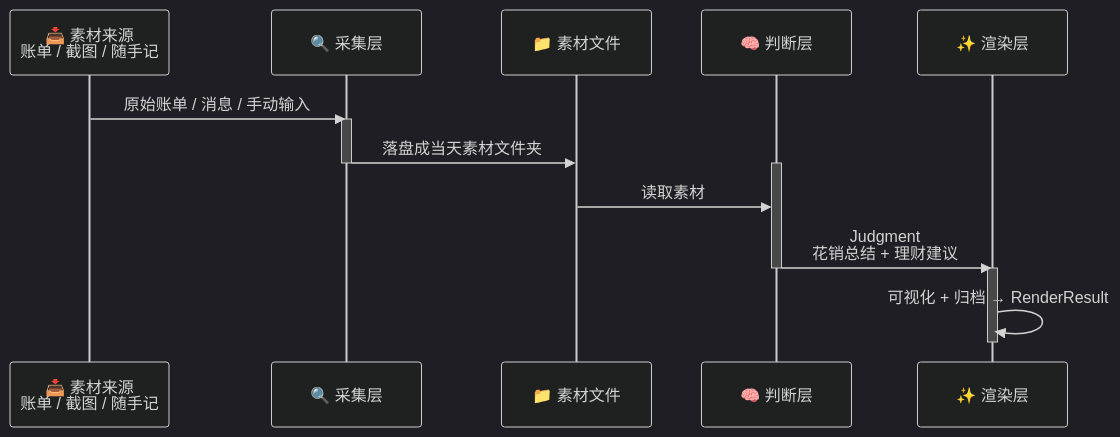
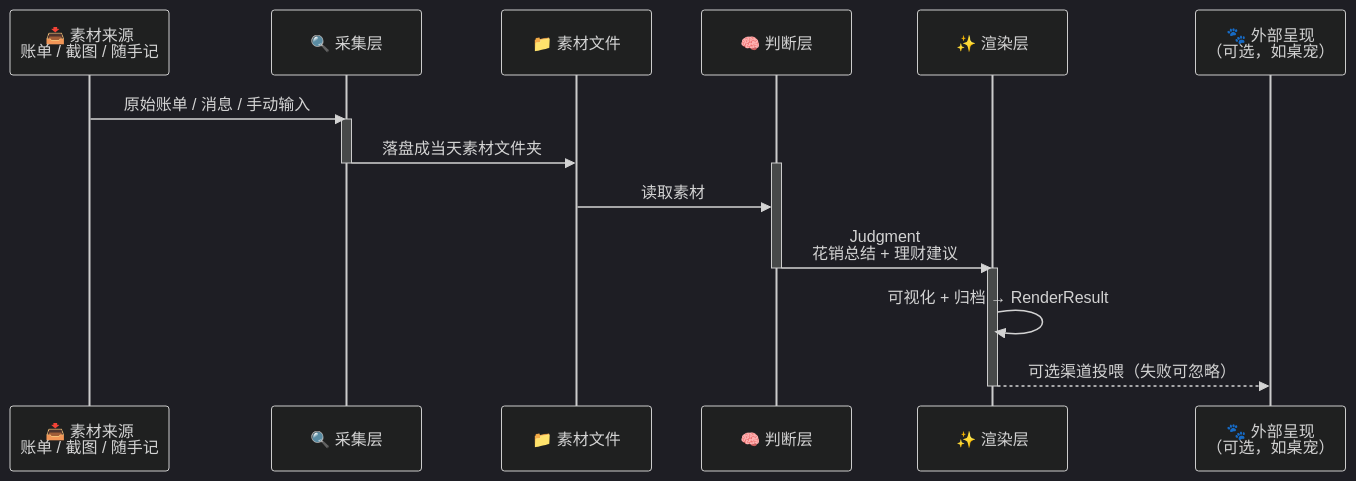
Before and after one commit to Nanaqiay001/StepLedger: the diagram in docs/rfc.md, drawn with Mermaid (dark theme). The commit also changed other lines of this file and 2 other files, not shown here.

Commit message:
docs: 桌宠渠道的设计、实测与工作日志
- 新增 feature-pet-channel.md：为什么让 agent 说而不是管线套模板、
  两段契约（简报 / 播报）、dsh-pet 0.3.8 实测记录（surface 必填且等于
  display、wait 上限 10000、长轮询的 HTTP 超时必须更宽）、失败降级表
- RFC 只加两行：架构图里一条「可选外部呈现」边 + 实现状态一条勾选，
  渲染层概念不动
- working.md 记录三天内从「渠道直连」到「agent 驱动」的两次转向与原因

````diff
--- a/docs/rfc.md
+++ b/docs/rfc.md
@@ -7,20 +7,22 @@
 ```mermaid
 sequenceDiagram
     participant DS as 📥 素材来源<br/>账单 / 截图 / 随手记
     participant C as 🔍 采集层
     participant M as 📁 素材文件
     participant J as 🧠 判断层
     participant R as ✨ 渲染层
+    participant P as 🐾 外部呈现<br/>（可选，如桌宠）
 
     DS->>C: 原始账单 / 消息 / 手动输入
     activate C
     C->>M: 落盘成当天素材文件夹
     deactivate C
     activate J
     M->>J: 读取素材
     J->>R: Judgment<br/>花销总结 + 理财建议
     deactivate J
     activate R
     R->>R: 可视化 + 归档 → RenderResult
+    R-->>P: 可选渠道投喂（失败可忽略）
     deactivate R
 ```
````
